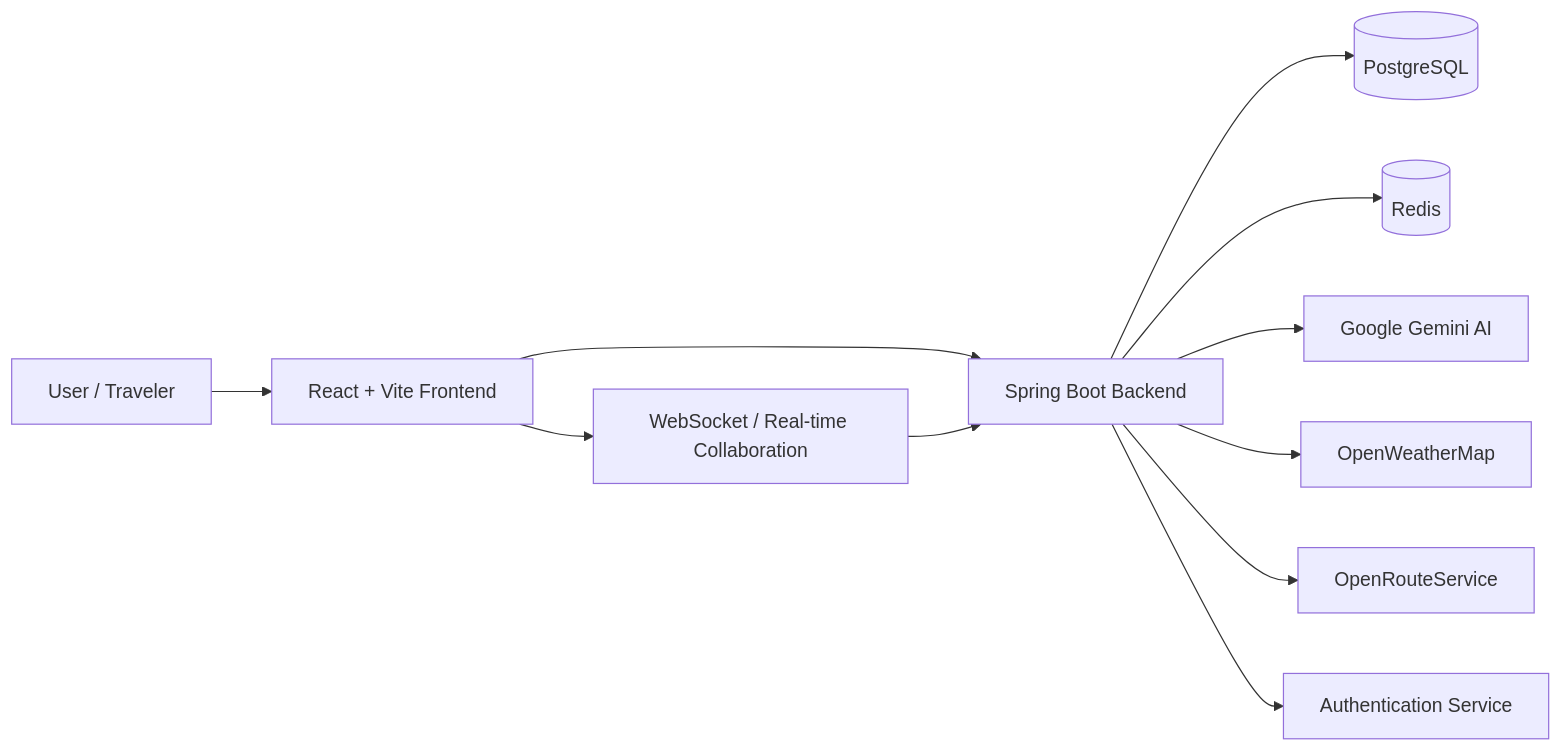
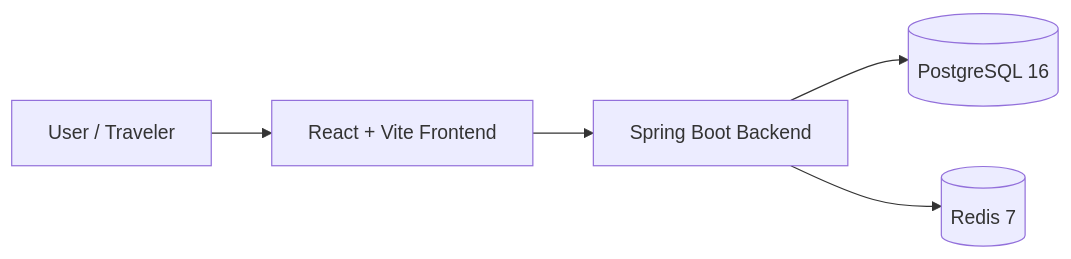
The diagram in docs/system-context-diagram.md (gnuttt212/travel-planner), drawn with Mermaid before and after one commit. The commit also changed other lines of this file and 2 other files, not shown here.

Commit message:
docs: update architecture documents for Phase 1 MVP

````diff
--- a/docs/system-context-diagram.md
+++ b/docs/system-context-diagram.md
@@ -9,14 +9,7 @@
 ```mermaid
 flowchart LR
     User[User / Traveler] --> Frontend[React + Vite Frontend]
     Frontend --> Backend[Spring Boot Backend]
-    Backend --> PostgreSQL[(PostgreSQL)]
-    Backend --> Redis[(Redis)]
-    Backend --> Gemini[Google Gemini AI]
-    Backend --> Weather[OpenWeatherMap]
-    Backend --> ORS[OpenRouteService]
-    Backend --> Auth[Authentication Service]
-
-    Frontend --> WebSocket[WebSocket / Real-time Collaboration]
-    WebSocket --> Backend
+    Backend --> PostgreSQL[(PostgreSQL 16)]
+    Backend --> Redis[(Redis 7)]
 ```
````
